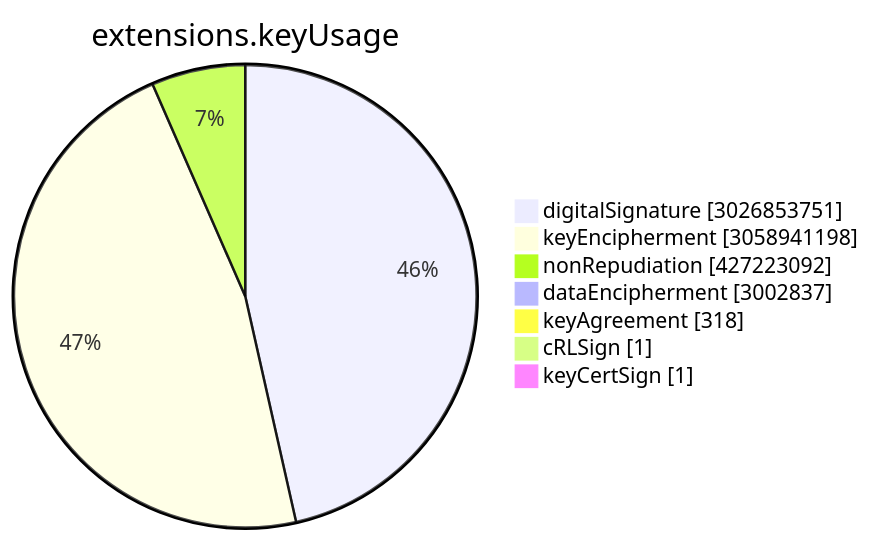
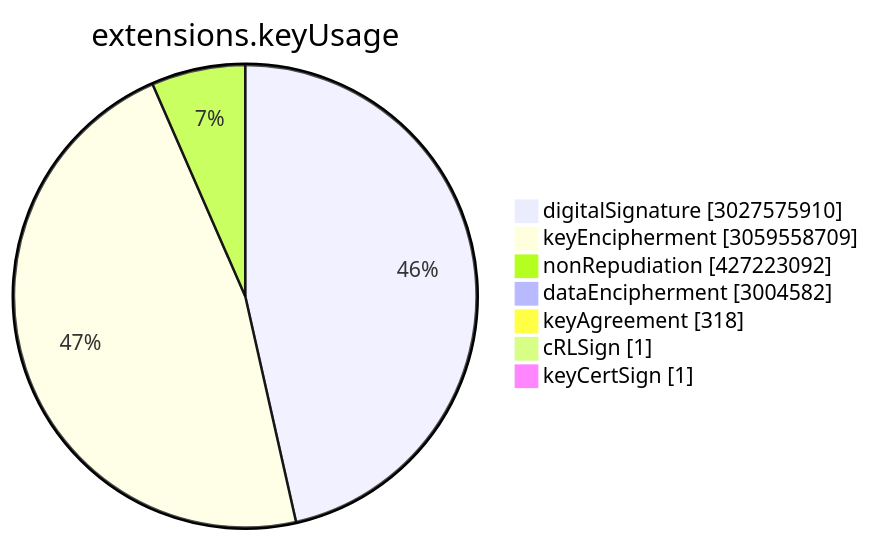
One commit to christiankrug/ctmonitor_visualization changed the sixth of 15 diagrams in TOTAL/README.md. Above: the diagram before and after it, drawn with Mermaid. The commit also changed other lines of this file, not shown here.

````diff
--- a/TOTAL/README.md
+++ b/TOTAL/README.md
@@ -3075,11 +3075,11 @@
 ```mermaid
 pie showData
 title extensions.keyUsage
-"digitalSignature" :3026853751
-"keyEncipherment" :3058941198
+"digitalSignature" :3027575910
+"keyEncipherment" :3059558709
 "nonRepudiation" :427223092
-"dataEncipherment" :3002837
+"dataEncipherment" :3004582
 "keyAgreement" :318
 "cRLSign" :1
 "keyCertSign" :1
 ```
````
